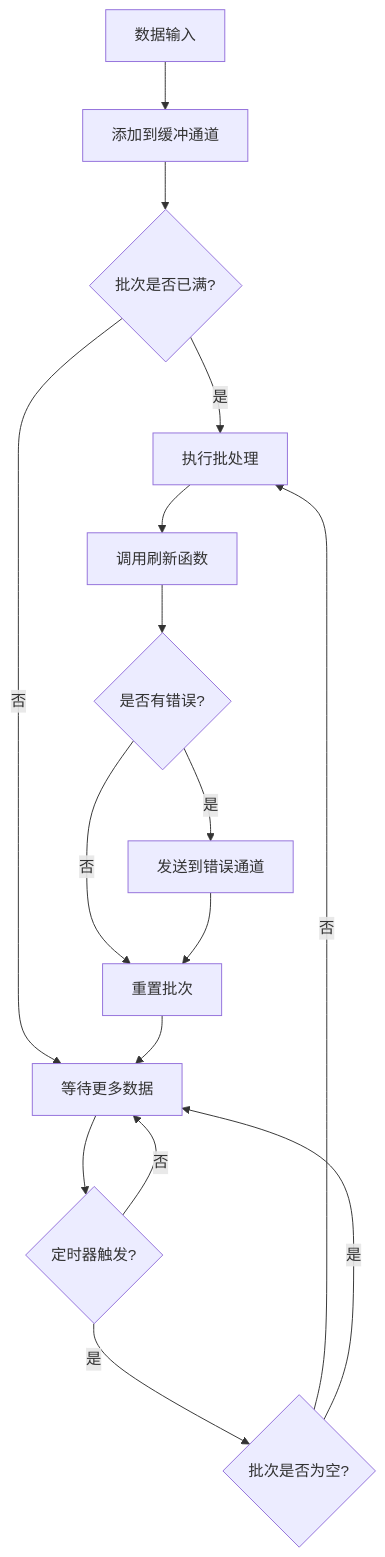
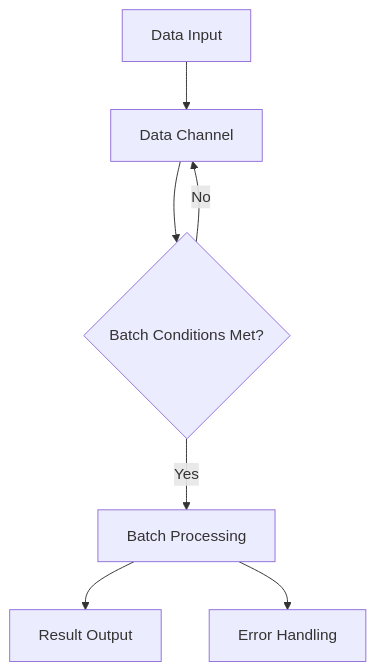
One commit to rushairer/go-pipeline changed the first of 2 diagrams in README.md. Above: the diagram before and after it, drawn with Mermaid. The commit also changed other lines of this file and 1 other file, not shown here.

````diff
--- a/README.md
+++ b/README.md
@@ -88,18 +59,9 @@
 ```mermaid
 graph TD
-    A[数据输入] --> B[添加到缓冲通道]
-    B --> C{批次是否已满?}
-    C -->|是| D[执行批处理]
-    C -->|否| E[等待更多数据]
-    E --> F{定时器触发?}
-    F -->|是| G{批次是否为空?}
-    G -->|否| D
-    G -->|是| E
-    F -->|否| E
-    D --> H[调用刷新函数]
-    H --> I{是否有错误?}
-    I -->|是| J[发送到错误通道]
-    I -->|否| K[重置批次]
-    J --> K
-    K --> E
+    A[Data Input] --> B[Data Channel]
+    B --> C{Batch Conditions Met?}
+    C -->|Yes| D[Batch Processing]
+    C -->|No| B
+    D --> E[Result Output]
+    D --> F[Error Handling]
 ```
````
